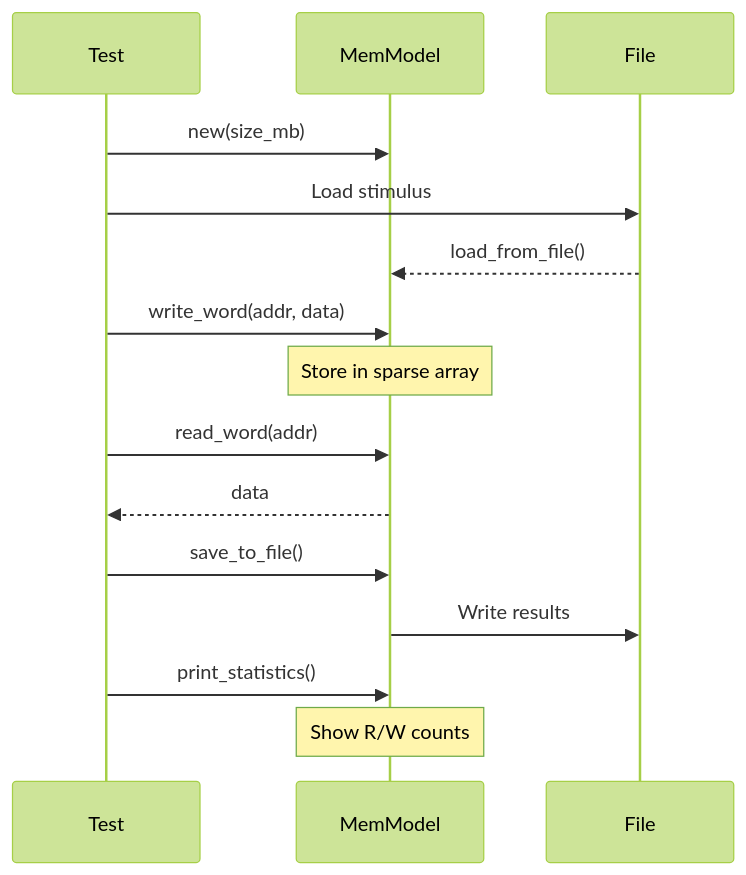
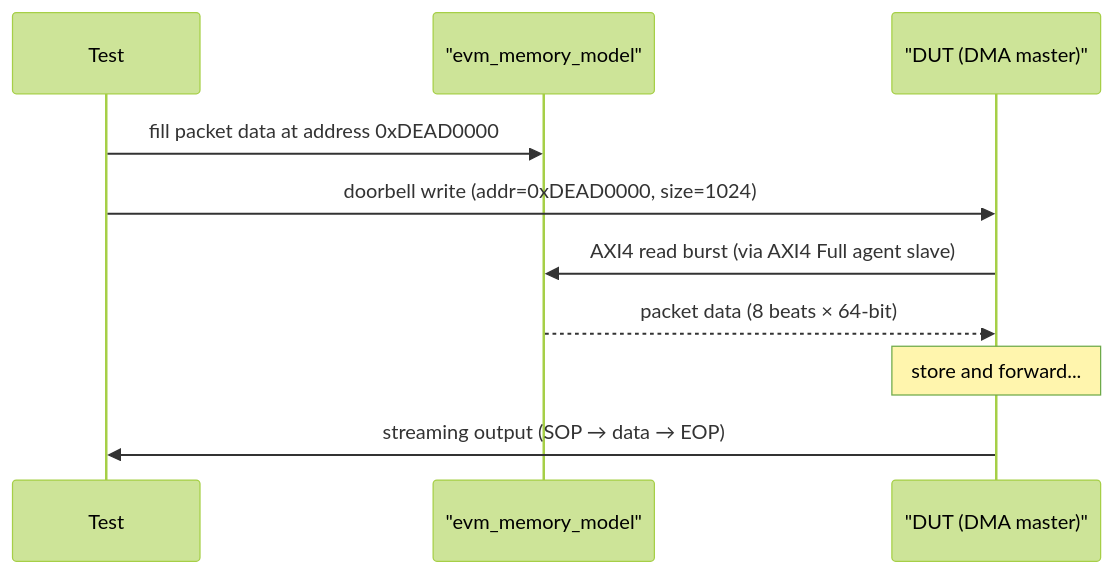
The fifth of 8 diagrams in vkit/docs/uml/03_utilities.md (DifferentialAudioInc/evm-sv), drawn with Mermaid (forest theme) before and after one commit. The commit also changed other lines of this file and 133 other files, not shown here.

````diff
--- a/vkit/docs/uml/03_utilities.md
+++ b/vkit/docs/uml/03_utilities.md
@@ -86,23 +99,13 @@
 ```mermaid
 sequenceDiagram
     participant Test
-    participant MemModel
-    participant File
-    
-    Test->>MemModel: new(size_mb)
-    
-    Test->>File: Load stimulus
-    File-->>MemModel: load_from_file()
-    
-    Test->>MemModel: write_word(addr, data)
-    Note over MemModel: Store in sparse array
-    
-    Test->>MemModel: read_word(addr)
-    MemModel-->>Test: data
-    
-    Test->>MemModel: save_to_file()
-    MemModel->>File: Write results
-    
-    Test->>MemModel: print_statistics()
-    Note over MemModel: Show R/W counts
+    participant Memory as "evm_memory_model"
+    participant DUT_DMA as "DUT (DMA master)"
+
+    Test->>Memory: fill packet data at address 0xDEAD0000
+    Test->>DUT_DMA: doorbell write (addr=0xDEAD0000, size=1024)
+    DUT_DMA->>Memory: AXI4 read burst (via AXI4 Full agent slave)
+    Memory-->>DUT_DMA: packet data (8 beats × 64-bit)
+    Note over DUT_DMA: store and forward...
+    DUT_DMA->>Test: streaming output (SOP → data → EOP)
 ```
````
